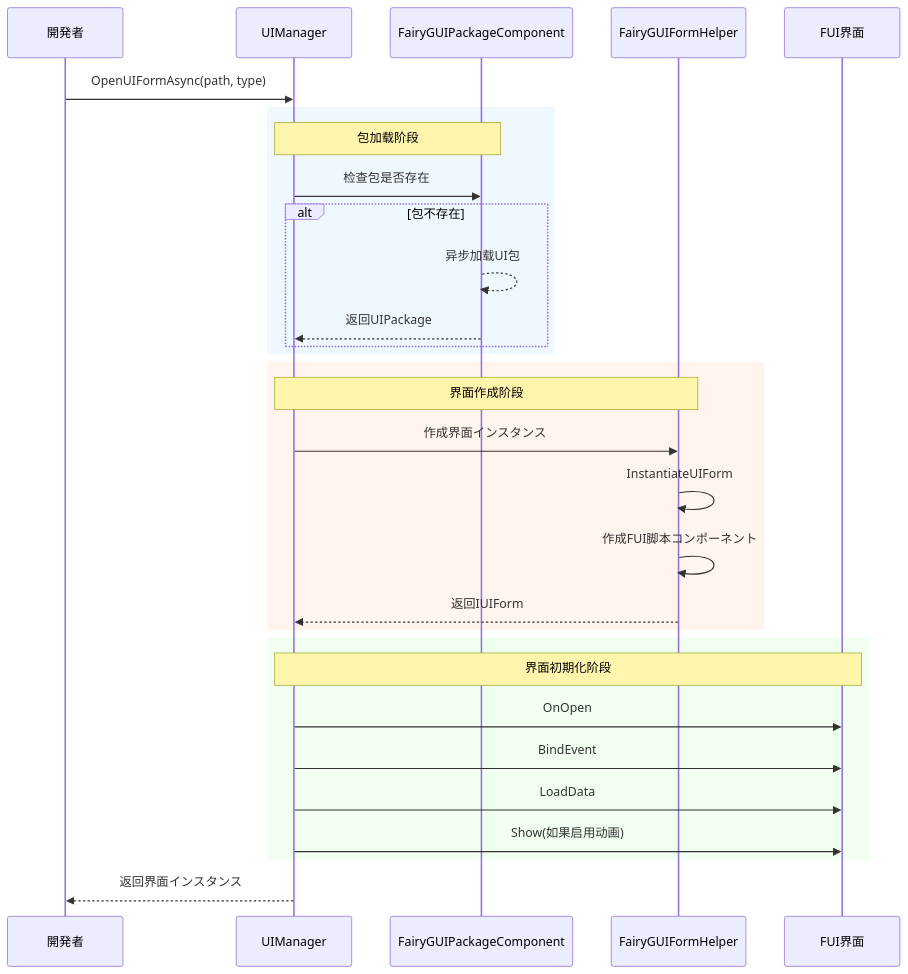
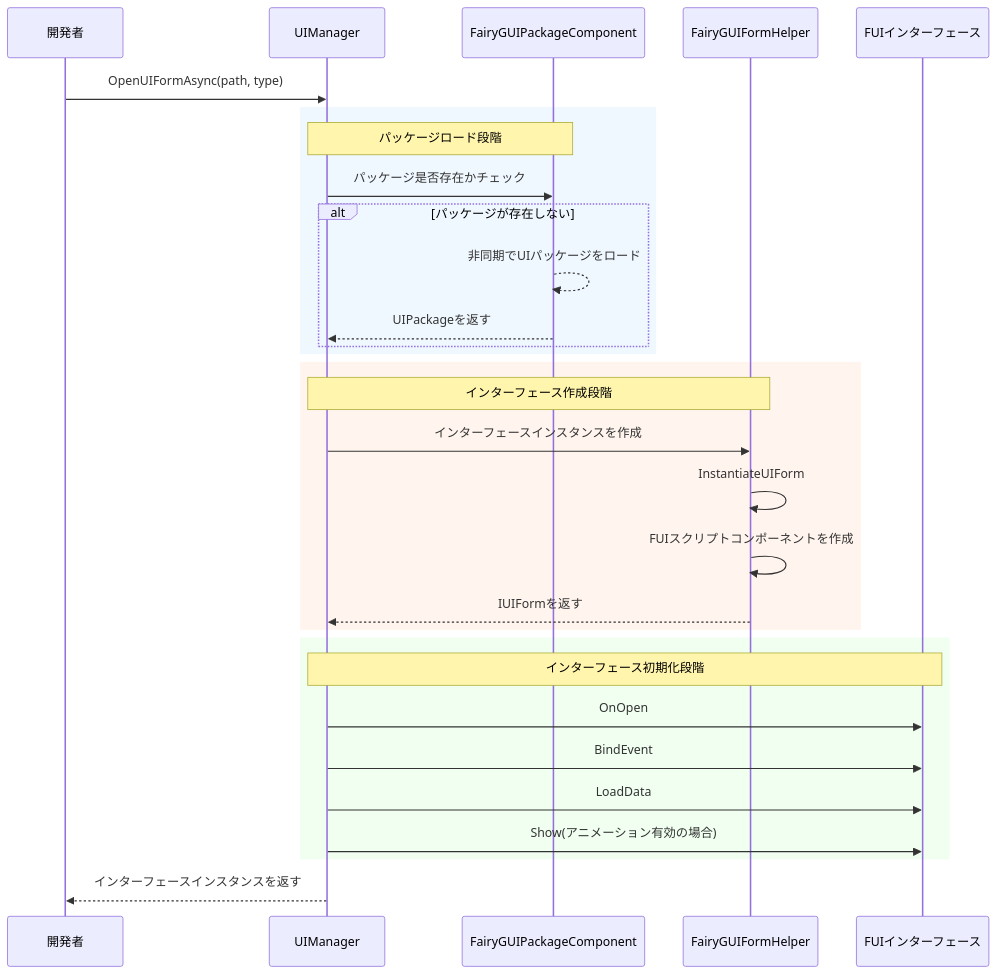
One commit to AlianBlank/GameFrameX.Docs changed the second of 3 diagrams in docs/ja/client/unity/component/ui-fairygui/03.getting-started.md. Above: the diagram before and after it, drawn with Mermaid. The commit also changed other lines of this file and 320 other files, not shown here.

````diff
--- a/docs/ja/client/unity/component/ui-fairygui/03.getting-started.md
+++ b/docs/ja/client/unity/component/ui-fairygui/03.getting-started.md
@@ -187,37 +187,37 @@
 ```mermaid
 sequenceDiagram
     participant Dev as 開発者
     participant UI as UIManager
     participant Pkg as FairyGUIPackageComponent
     participant Helper as FairyGUIFormHelper
-    participant FUI as FUI界面
+    participant FUI as FUIインターフェース
 
     Dev->>UI: OpenUIFormAsync(path, type)
-    
+
     rect rgb(240, 248, 255)
-        Note over UI,Pkg: 包加载阶段
-        UI->>Pkg: 检查包是否存在
-        alt 包不存在
-            Pkg-->>Pkg: 异步加载UI包
-            Pkg-->>UI: 返回UIPackage
+        Note over UI,Pkg: パッケージロード段階
+        UI->>Pkg: パッケージ是否存在かチェック
+        alt パッケージが存在しない
+            Pkg-->>Pkg: 非同期でUIパッケージをロード
+            Pkg-->>UI: UIPackageを返す
         end
     end
-    
+
     rect rgb(255, 245, 238)
-        Note over UI,Helper: 界面作成阶段
-        UI->>Helper: 作成界面インスタンス
+        Note over UI,Helper: インターフェース作成段階
+        UI->>Helper: インターフェースインスタンスを作成
         Helper->>Helper: InstantiateUIForm
-        Helper->>Helper: 作成FUI脚本コンポーネント
-        Helper-->>UI: 返回IUIForm
+        Helper->>Helper: FUIスクリプトコンポーネントを作成
+        Helper-->>UI: IUIFormを返す
     end
-    
+
     rect rgb(240, 255, 240)
-        Note over UI,FUI: 界面初期化阶段
+        Note over UI,FUI: インターフェース初期化段階
         UI->>FUI: OnOpen
         UI->>FUI: BindEvent
         UI->>FUI: LoadData
-        UI->>FUI: Show(如果启用动画)
+        UI->>FUI: Show(アニメーション有効の場合)
     end
-    
-    UI-->>Dev: 返回界面インスタンス
+
+    UI-->>Dev: インターフェースインスタンスを返す
 ```
````
